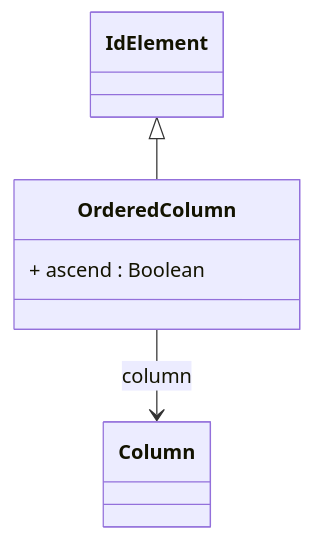
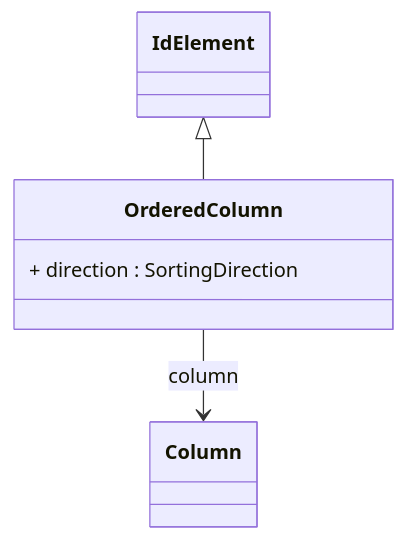
One commit to eclipse-daanse/eclipse-daanse.github.io changed the diagram in docs/cubeserver/model/class-OrderedColumn.md. Above: the diagram before and after it, drawn with Mermaid. The commit also changed other lines of this file and 94 other files, not shown here.

````diff
--- a/docs/cubeserver/model/class-OrderedColumn.md
+++ b/docs/cubeserver/model/class-OrderedColumn.md
@@ -76,10 +76,10 @@
 ```mermaid
 classDiagram
   class OrderedColumn {
-    + ascend : Boolean
+    + direction : SortingDirection
   }
 
   IdElement <|-- OrderedColumn
   OrderedColumn --> Column : column
 
 ```
````
